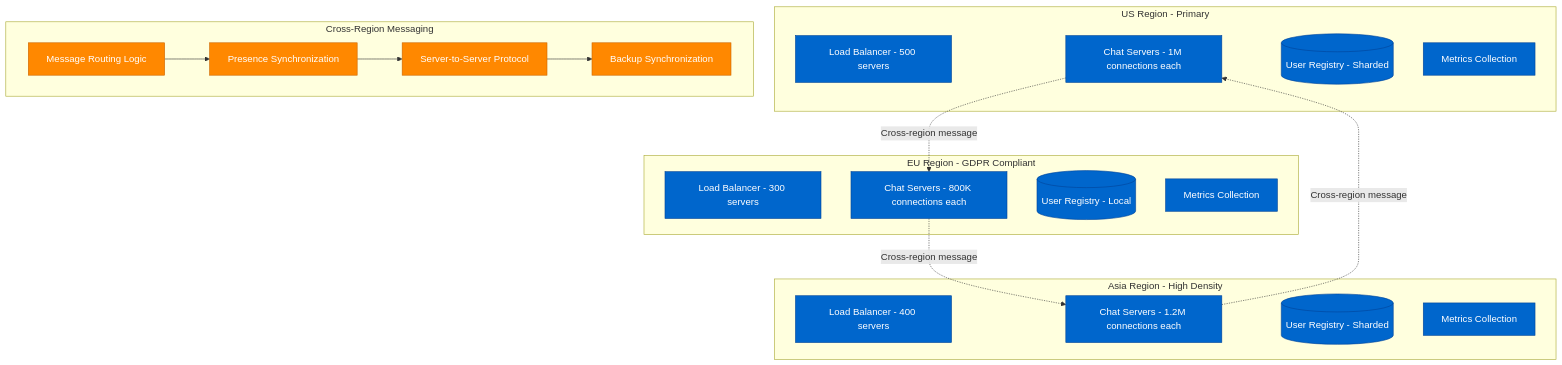
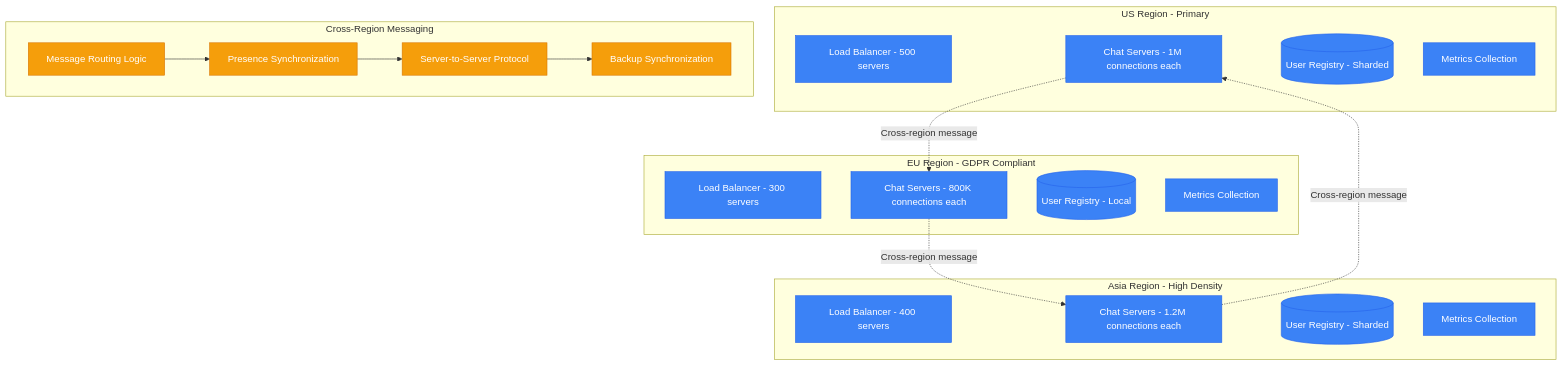
Before and after one commit to deepaucksharma/DS: diagram 14 of 16 in site/docs/examples/case-studies.md, drawn with Mermaid. The commit also changed other lines of this file and 303 other files, not shown here.

````diff
--- a/site/docs/examples/case-studies.md
+++ b/site/docs/examples/case-studies.md
@@ -726,44 +726,44 @@
 ```mermaid
 graph TB
     subgraph RegionUS[US Region - Primary]
         US_LB[Load Balancer - 500 servers]
         US_CHAT[Chat Servers - 1M connections each]
         US_DB[(User Registry - Sharded)]
         US_METRICS[Metrics Collection]
     end
 
     subgraph RegionEU[EU Region - GDPR Compliant]
         EU_LB[Load Balancer - 300 servers]
         EU_CHAT[Chat Servers - 800K connections each]
         EU_DB[(User Registry - Local)]
         EU_METRICS[Metrics Collection]
     end
 
     subgraph RegionASIA[Asia Region - High Density]
         ASIA_LB[Load Balancer - 400 servers]
         ASIA_CHAT[Chat Servers - 1.2M connections each]
         ASIA_DB[(User Registry - Sharded)]
         ASIA_METRICS[Metrics Collection]
     end
 
     subgraph CrossRegion[Cross-Region Messaging]
         ROUTE[Message Routing Logic]
         PRESENCE_SYNC[Presence Synchronization]
         FEDERATION[Server-to-Server Protocol]
         BACKUP_SYNC[Backup Synchronization]
     end
 
     US_CHAT -.->|Cross-region message| EU_CHAT
     EU_CHAT -.->|Cross-region message| ASIA_CHAT
     ASIA_CHAT -.->|Cross-region message| US_CHAT
 
     ROUTE --> PRESENCE_SYNC
     PRESENCE_SYNC --> FEDERATION
     FEDERATION --> BACKUP_SYNC
 
-    classDef regionStyle fill:#0066CC,stroke:#004499,color:#fff
-    classDef crossStyle fill:#FF8800,stroke:#CC6600,color:#fff
+    classDef regionStyle fill:#3B82F6,stroke:#2563EB,color:#fff
+    classDef crossStyle fill:#F59E0B,stroke:#D97706,color:#fff
 
     class US_LB,US_CHAT,US_DB,US_METRICS,EU_LB,EU_CHAT,EU_DB,EU_METRICS,ASIA_LB,ASIA_CHAT,ASIA_DB,ASIA_METRICS regionStyle
     class ROUTE,PRESENCE_SYNC,FEDERATION,BACKUP_SYNC crossStyle
 ```
````
